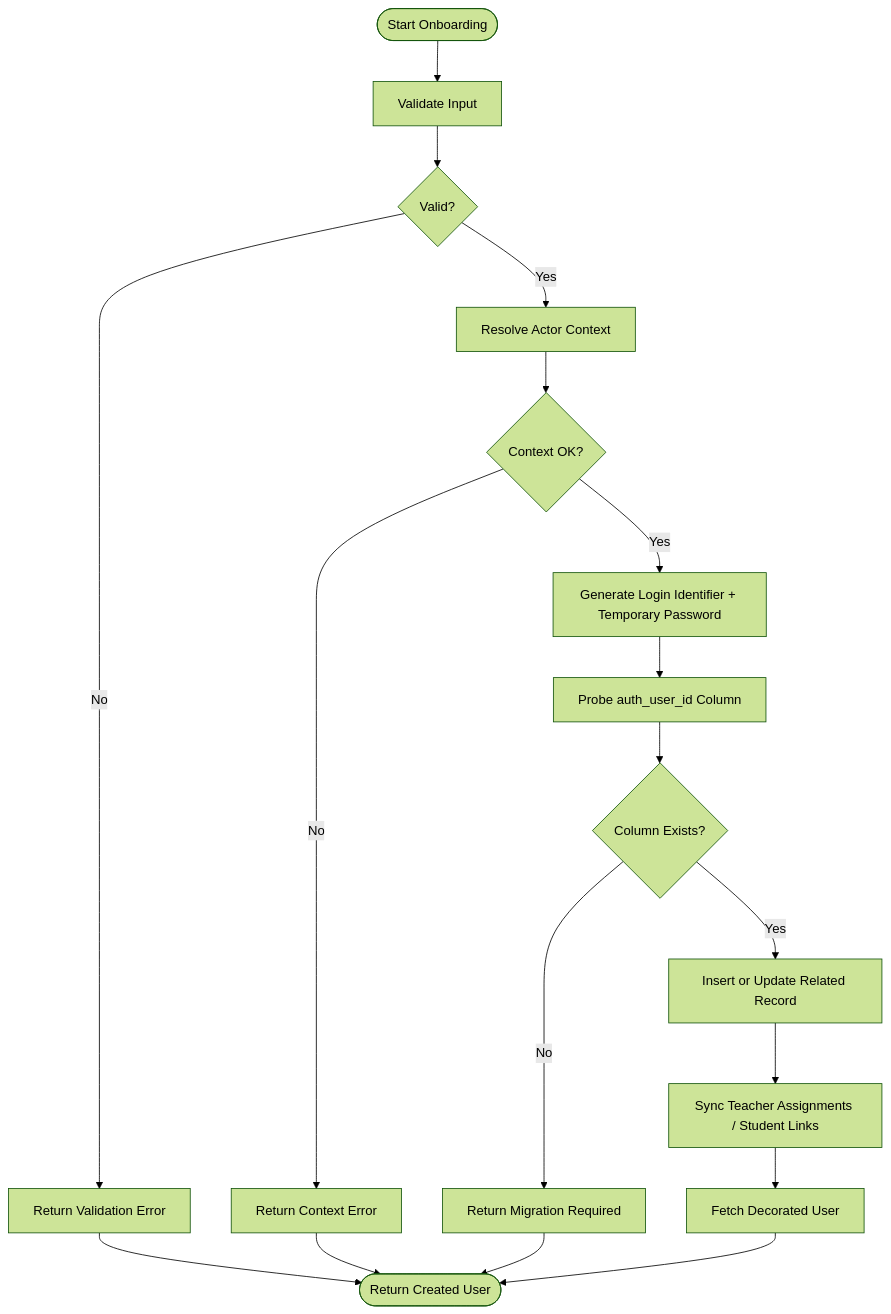
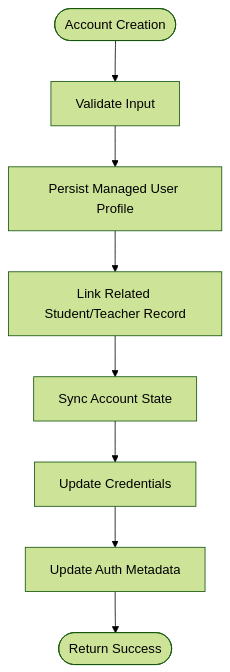
One commit to mustafaalkusaj/appschoolmustafa2002 changed the fourth of 10 diagrams in .qoder/repowiki/en/content/Teacher Management/Managed Users.md. Above: the diagram before and after it, drawn with Mermaid (forest theme). The commit also changed other lines of this file and 8 other files, not shown here.

````diff
--- a/.qoder/repowiki/en/content/Teacher Management/Managed Users.md
+++ b/.qoder/repowiki/en/content/Teacher Management/Managed Users.md
@@ -236,20 +279,10 @@
 ```mermaid
 flowchart TD
-Start(["Start Onboarding"]) --> Validate["Validate Input"]
-Validate --> Valid{"Valid?"}
-Valid --> |No| ReturnError["Return Validation Error"]
-Valid --> |Yes| ResolveContext["Resolve Actor Context"]
-ResolveContext --> ContextOk{"Context OK?"}
-ContextOk --> |No| ReturnContextError["Return Context Error"]
-ContextOk --> |Yes| GenerateCreds["Generate Login Identifier + Temporary Password"]
-GenerateCreds --> LinkProbe["Probe auth_user_id Column"]
-LinkProbe --> LinkOk{"Column Exists?"}
-LinkOk --> |No| ReturnLinkError["Return Migration Required"]
-LinkOk --> |Yes| CreateRelated["Insert or Update Related Record"]
-CreateRelated --> Assignments["Sync Teacher Assignments / Student Links"]
-Assignments --> Decorate["Fetch Decorated User"]
-Decorate --> Done(["Return Created User"])
-ReturnError --> Done
-ReturnContextError --> Done
-ReturnLinkError --> Done
+Start(["Account Creation"]) --> Validate["Validate Input"]
+Validate --> CreateProfile["Persist Managed User Profile"]
+CreateProfile --> LinkRelated["Link Related Student/Teacher Record"]
+LinkRelated --> SyncState["Sync Account State"]
+SyncState --> UpdateCredentials["Update Credentials"]
+UpdateCredentials --> UpdateAuth["Update Auth Metadata"]
+UpdateAuth --> Complete(["Return Success"])
 ```
````
